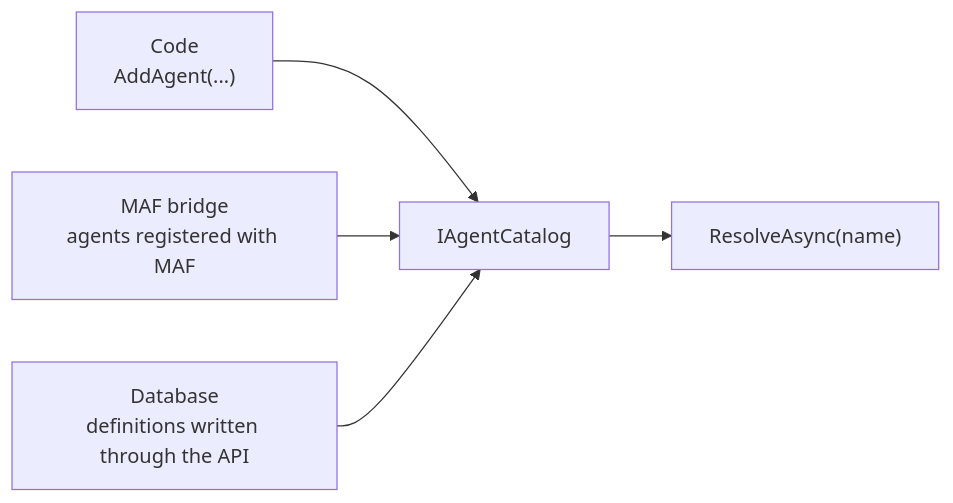
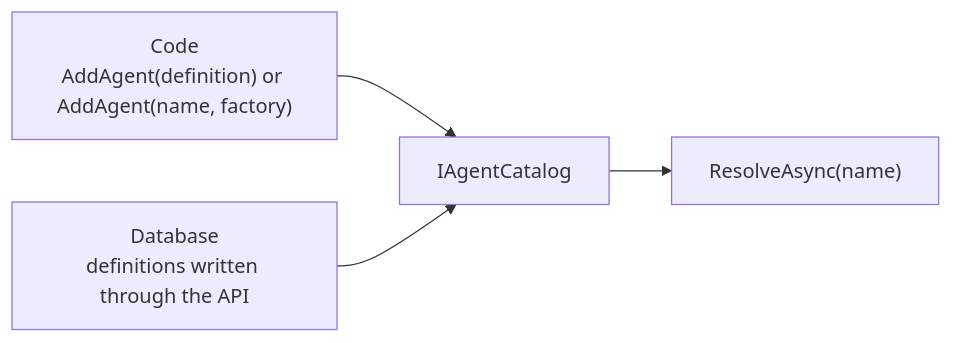
One commit to farukatasoy/Tracon changed the first of 3 diagrams in docs-site/src/content/docs/concepts/agents.md. Above: the diagram before and after it, drawn with Mermaid. The commit also changed other lines of this file and 42 other files, not shown here.

````diff
--- a/docs-site/src/content/docs/concepts/agents.md
+++ b/docs-site/src/content/docs/concepts/agents.md
@@ -32,7 +32,8 @@
 ```mermaid
 flowchart LR
-    C["Code<br/>AddAgent(...)"] --> CAT["IAgentCatalog"]
-    M["MAF bridge<br/>agents registered with MAF"] --> CAT
+    accTitle: Agent catalog sources
+    accDescr: Code registrations and database definitions merge into one catalog, with code definitions winning name collisions.
+    C["Code<br/>AddAgent(definition) or AddAgent(name, factory)"] --> CAT["IAgentCatalog"]
     D["Database<br/>definitions written through the API"] --> CAT
     CAT --> R["ResolveAsync(name)"]
 ```
````
